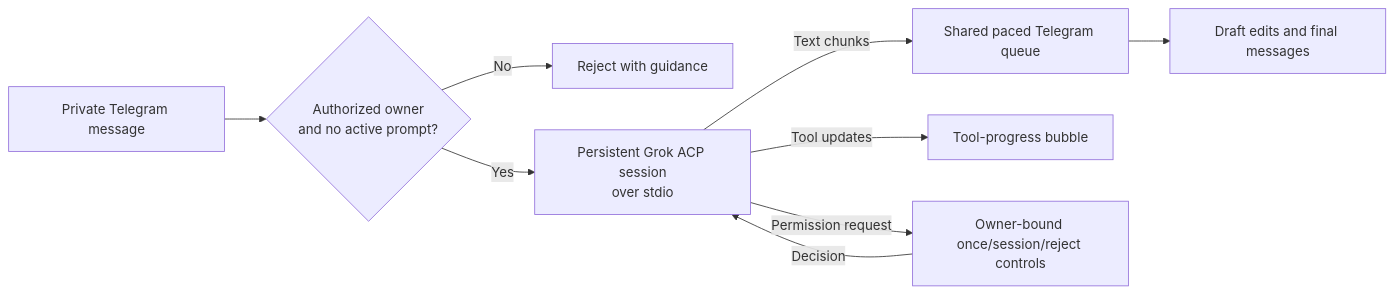
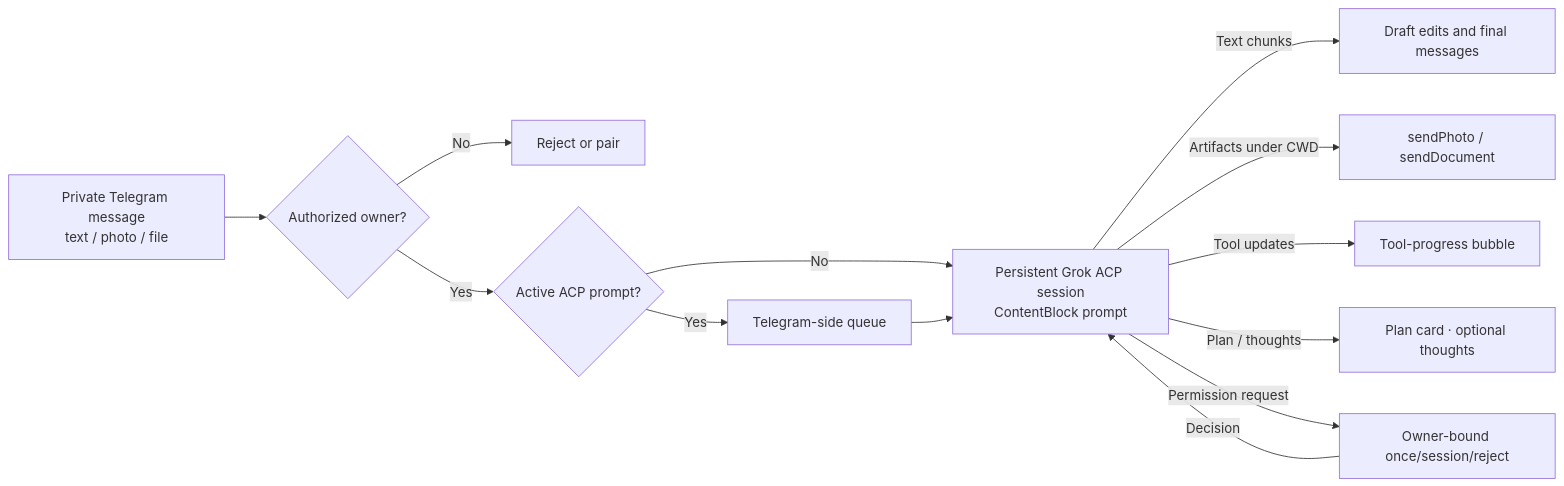
Before and after one commit to DanWahlin/agent-telegram-bridge: the diagram in README.md, drawn with Mermaid. The commit also changed other lines of this file and 11 other files, not shown here.

Commit message:
Add secure media handling and prompt queueing

````diff
--- a/README.md
+++ b/README.md
@@ -91,11 +109,15 @@
 ```mermaid
 flowchart LR
-    telegram["Private Telegram message"] --> gate{"Authorized owner<br/>and no active prompt?"}
-    gate -- No --> rejected["Reject with guidance"]
-    gate -- Yes --> acp["Persistent Grok ACP session<br/>over stdio"]
-    acp -- Text chunks --> queue["Shared paced Telegram queue"]
-    queue --> response["Draft edits and final messages"]
+    telegram["Private Telegram message<br/>text / photo / file"] --> gate{"Authorized owner?"}
+    gate -- No --> rejected["Reject or pair"]
+    gate -- Yes --> busy{"Active ACP prompt?"}
+    busy -- Yes --> queue["Telegram-side queue"]
+    busy -- No --> acp["Persistent Grok ACP session<br/>ContentBlock prompt"]
+    queue --> acp
+    acp -- Text chunks --> response["Draft edits and final messages"]
+    acp -- Artifacts under CWD --> mediaOut["sendPhoto / sendDocument"]
     acp -- Tool updates --> bubble["Tool-progress bubble"]
-    acp -- Permission request --> permission["Owner-bound once/session/reject controls"]
+    acp -- Plan / thoughts --> cards["Plan card · optional thoughts"]
+    acp -- Permission request --> permission["Owner-bound once/session/reject"]
     permission -- Decision --> acp
 ```
````
